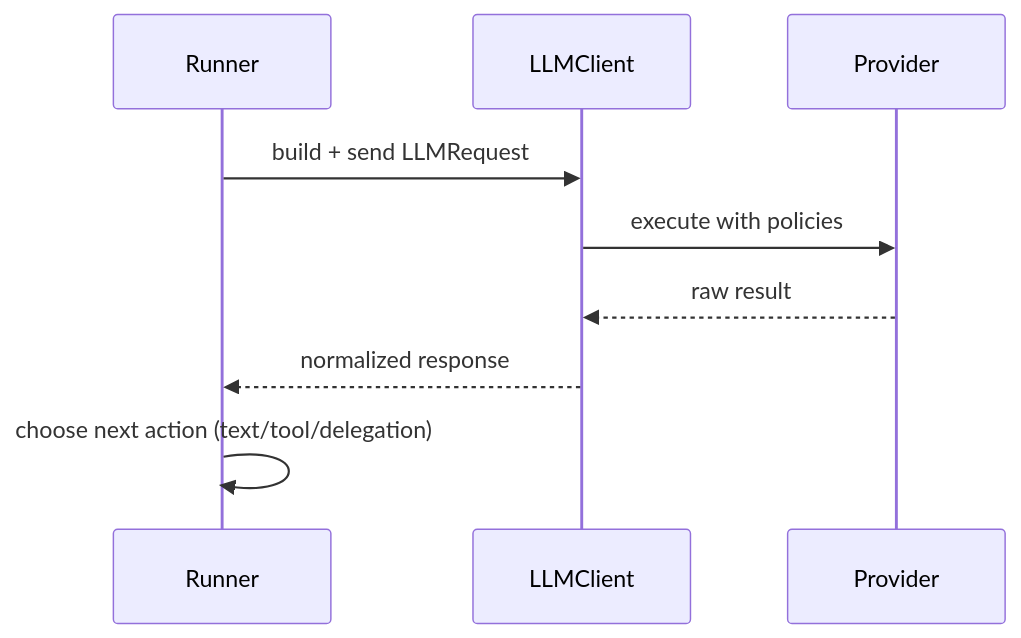
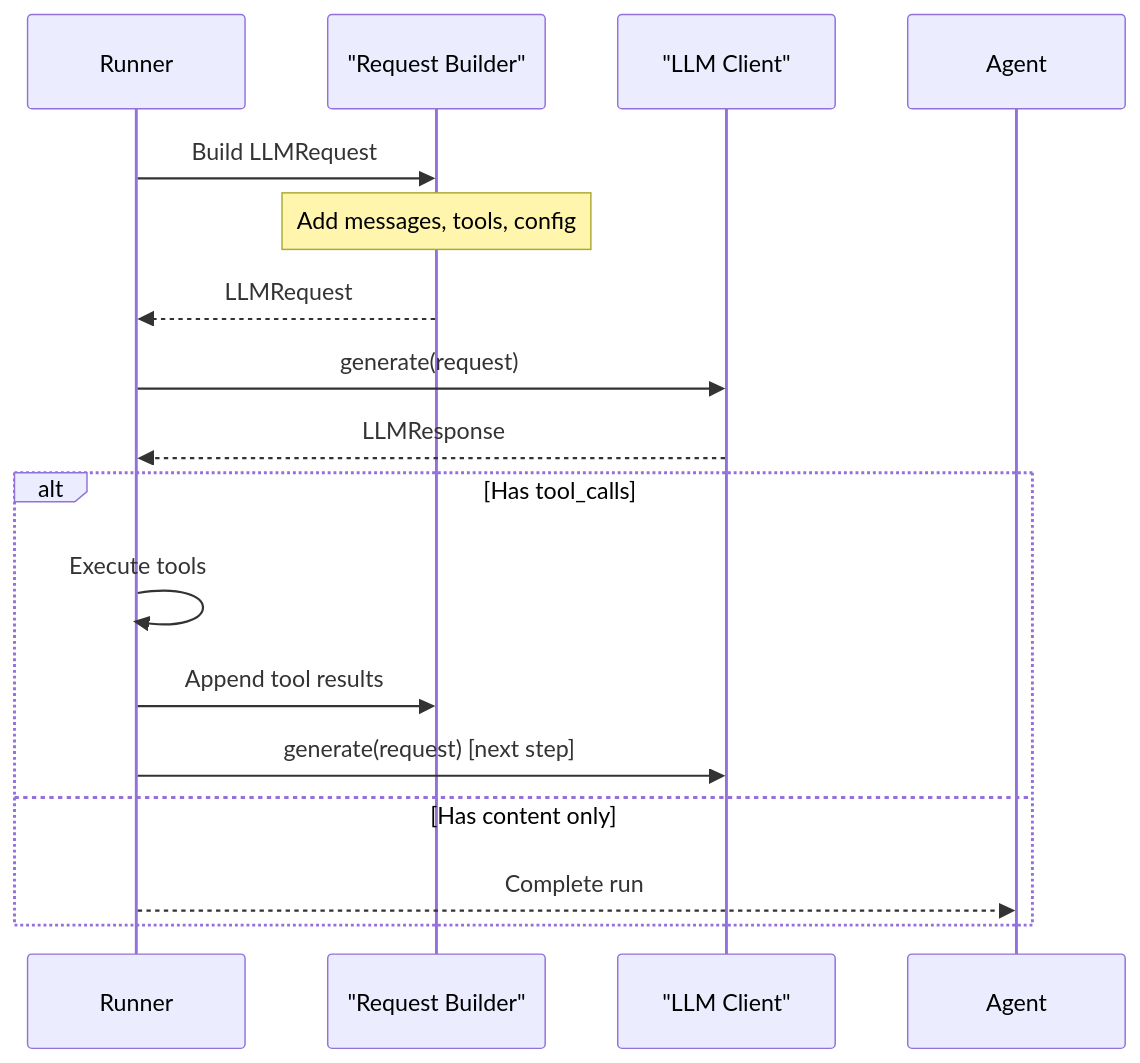
One commit to Luseefor/afk changed the diagram in docs/llms/agent-integration.mdx. Above: the diagram before and after it, drawn with Mermaid. The commit also changed other lines of this file and 50 other files, not shown here.

````diff
--- a/docs/llms/agent-integration.mdx
+++ b/docs/llms/agent-integration.mdx
@@ -8,12 +50,20 @@
 ```mermaid
 sequenceDiagram
     participant Runner
-    participant LLMClient
-    participant Provider
+    participant Builder as "Request Builder"
+    participant LLM as "LLM Client"
+    participant Agent
 
-    Runner->>LLMClient: build + send LLMRequest
-    LLMClient->>Provider: execute with policies
-    Provider-->>LLMClient: raw result
-    LLMClient-->>Runner: normalized response
-    Runner->>Runner: choose next action (text/tool/delegation)
+    Runner->>Builder: Build LLMRequest
+    Note over Builder: Add messages, tools, config
+    Builder-->>Runner: LLMRequest
+    Runner->>LLM: generate(request)
+    LLM-->>Runner: LLMResponse
+    alt Has tool_calls
+        Runner->>Runner: Execute tools
+        Runner->>Builder: Append tool results
+        Runner->>LLM: generate(request) [next step]
+    else Has content only
+        Runner-->>Agent: Complete run
+    end
 ```
````
